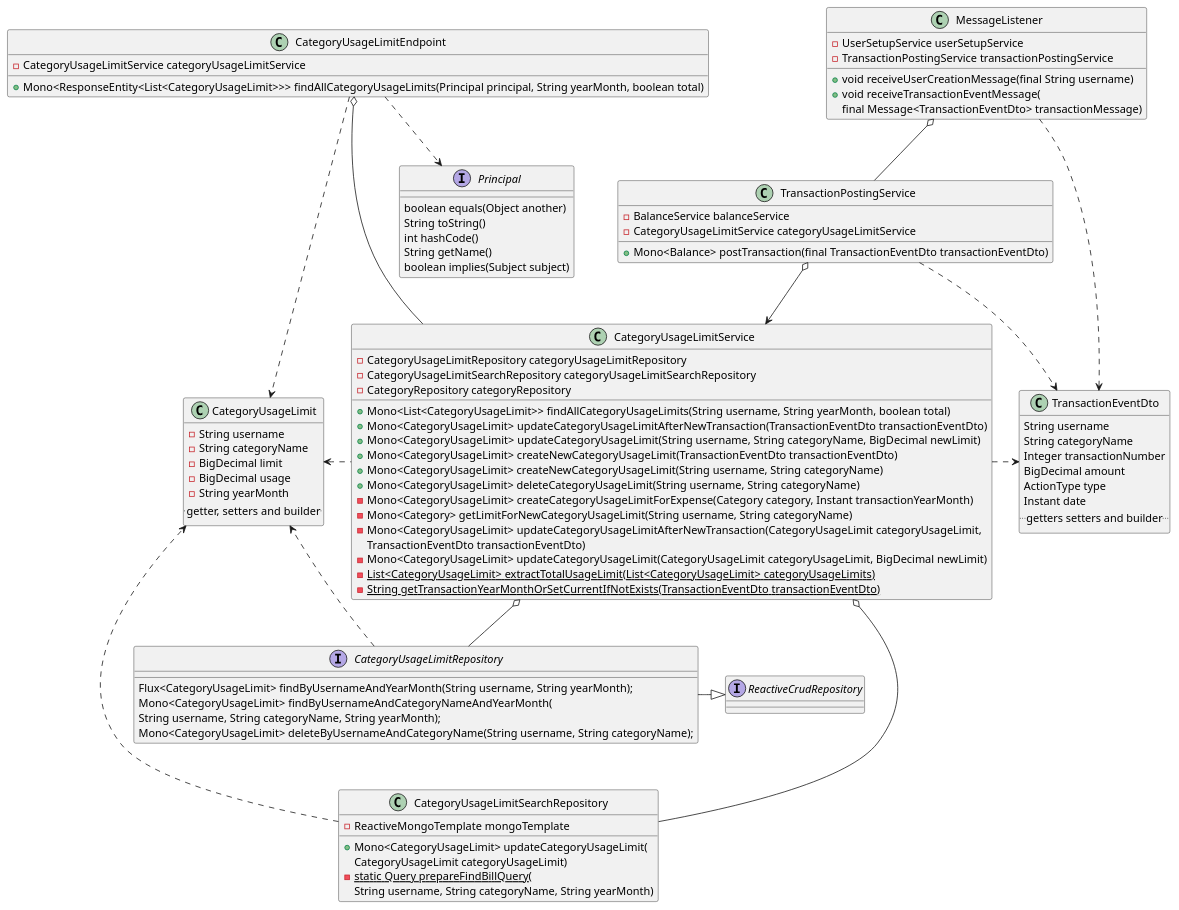
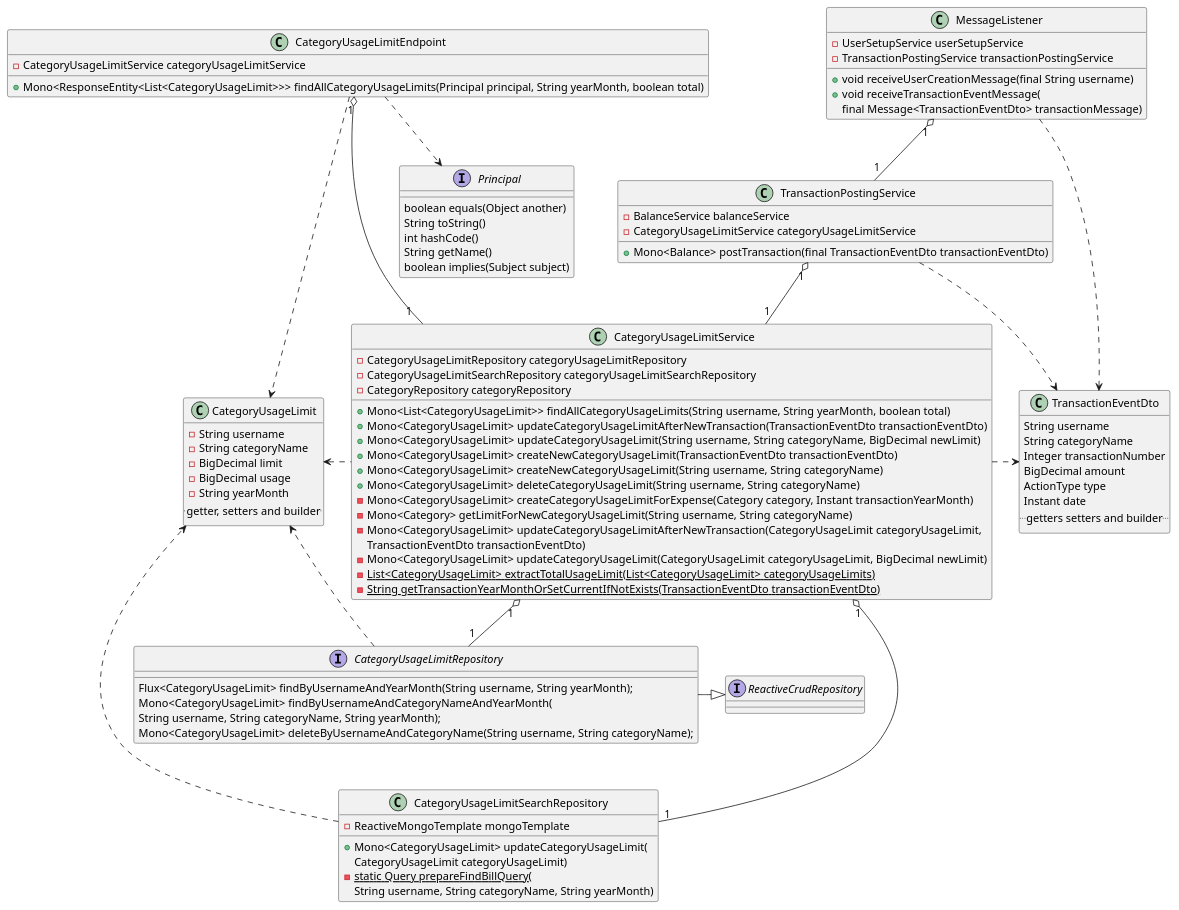
The diagram in diagrams/class-diagrams/backend/category-limit-usage-class-diagram.puml (lukaszse/simple-bills), drawn with PlantUML before and after one commit. The commit also changed 5 other files, not shown here.

Commit message:
correct typo in diagram directory name

```diff
--- a/diagrams/class-diagrams/backend/category-limit-usage-class-diagram.puml
+++ b/diagrams/class-diagrams/backend/category-limit-usage-class-diagram.puml
@@ -1,104 +1,104 @@
 @startuml
 'https://plantuml.com/class-diagram
 
 class CategoryUsageLimitEndpoint {
     -CategoryUsageLimitService categoryUsageLimitService
     +Mono<ResponseEntity<List<CategoryUsageLimit>>> findAllCategoryUsageLimits(Principal principal, String yearMonth, boolean total)
 }
 
 class MessageListener {
     -UserSetupService userSetupService
     -TransactionPostingService transactionPostingService
     +void receiveUserCreationMessage(final String username)
     +void receiveTransactionEventMessage(
     final Message<TransactionEventDto> transactionMessage)
 }
 
 class TransactionPostingService{
     -BalanceService balanceService
     -CategoryUsageLimitService categoryUsageLimitService
     +Mono<Balance> postTransaction(final TransactionEventDto transactionEventDto)
 }
 
 class CategoryUsageLimitService {
     -CategoryUsageLimitRepository categoryUsageLimitRepository
     -CategoryUsageLimitSearchRepository categoryUsageLimitSearchRepository
     -CategoryRepository categoryRepository
     +Mono<List<CategoryUsageLimit>> findAllCategoryUsageLimits(String username, String yearMonth, boolean total)
     +Mono<CategoryUsageLimit> updateCategoryUsageLimitAfterNewTransaction(TransactionEventDto transactionEventDto)
     +Mono<CategoryUsageLimit> updateCategoryUsageLimit(String username, String categoryName,  BigDecimal newLimit)
     +Mono<CategoryUsageLimit> createNewCategoryUsageLimit(TransactionEventDto transactionEventDto)
     +Mono<CategoryUsageLimit> createNewCategoryUsageLimit(String username, String categoryName)
     +Mono<CategoryUsageLimit> deleteCategoryUsageLimit(String username, String categoryName)
     -Mono<CategoryUsageLimit> createCategoryUsageLimitForExpense(Category category, Instant transactionYearMonth)
     -Mono<Category> getLimitForNewCategoryUsageLimit(String username, String categoryName)
     -Mono<CategoryUsageLimit> updateCategoryUsageLimitAfterNewTransaction(CategoryUsageLimit categoryUsageLimit,
      TransactionEventDto transactionEventDto)
     -Mono<CategoryUsageLimit> updateCategoryUsageLimit(CategoryUsageLimit categoryUsageLimit, BigDecimal newLimit)
     -{static} List<CategoryUsageLimit> extractTotalUsageLimit(List<CategoryUsageLimit> categoryUsageLimits)
     -{static} String getTransactionYearMonthOrSetCurrentIfNotExists(TransactionEventDto transactionEventDto)
 }
 
 class CategoryUsageLimit {
     -String username
     -String categoryName
     -BigDecimal limit
     -BigDecimal usage
     -String yearMonth
     .. getter, setters and builder ..
 }
 
 class CategoryUsageLimitSearchRepository {
     -ReactiveMongoTemplate mongoTemplate
     +Mono<CategoryUsageLimit> updateCategoryUsageLimit(
     CategoryUsageLimit categoryUsageLimit)
     -{static}static Query prepareFindBillQuery(
     String username, String categoryName, String yearMonth)
 }
 
 interface CategoryUsageLimitRepository {
         Flux<CategoryUsageLimit> findByUsernameAndYearMonth(String username, String yearMonth);
            Mono<CategoryUsageLimit> findByUsernameAndCategoryNameAndYearMonth(
         String username, String categoryName, String yearMonth);
             Mono<CategoryUsageLimit> deleteByUsernameAndCategoryName(String username, String categoryName);
 }
 
 interface ReactiveCrudRepository
 
 interface Principal {
     boolean equals(Object another)
     String toString()
     int hashCode()
     String getName()
     boolean implies(Subject subject)
 }
 
 class TransactionEventDto {
     String username
     String categoryName
     Integer transactionNumber
     BigDecimal amount
     ActionType type
     Instant date
    .. getters setters and builder ..
 }
 
 
-MessageListener o-- TransactionPostingService
-TransactionPostingService o--> CategoryUsageLimitService
+MessageListener "1" o-- "1" TransactionPostingService
+TransactionPostingService "1" o-- "1" CategoryUsageLimitService
 TransactionPostingService ..> TransactionEventDto
-CategoryUsageLimitEndpoint o--- CategoryUsageLimitService
+CategoryUsageLimitEndpoint "1" o--- "1" CategoryUsageLimitService
 CategoryUsageLimitEndpoint ..> Principal
 CategoryUsageLimitEndpoint ...> CategoryUsageLimit
-CategoryUsageLimitService o-- CategoryUsageLimitSearchRepository
-CategoryUsageLimitService o-- CategoryUsageLimitRepository
+CategoryUsageLimitService "1" o-- "1" CategoryUsageLimitSearchRepository
+CategoryUsageLimitService "1" o-- "1" CategoryUsageLimitRepository
 CategoryUsageLimitService .left.> CategoryUsageLimit
 CategoryUsageLimitSearchRepository ...> CategoryUsageLimit
 CategoryUsageLimitRepository ..> CategoryUsageLimit
 CategoryUsageLimitRepository -|> ReactiveCrudRepository
 CategoryUsageLimitService .right.> TransactionEventDto
 MessageListener ..> TransactionEventDto
 
 
 
 @enduml
```
